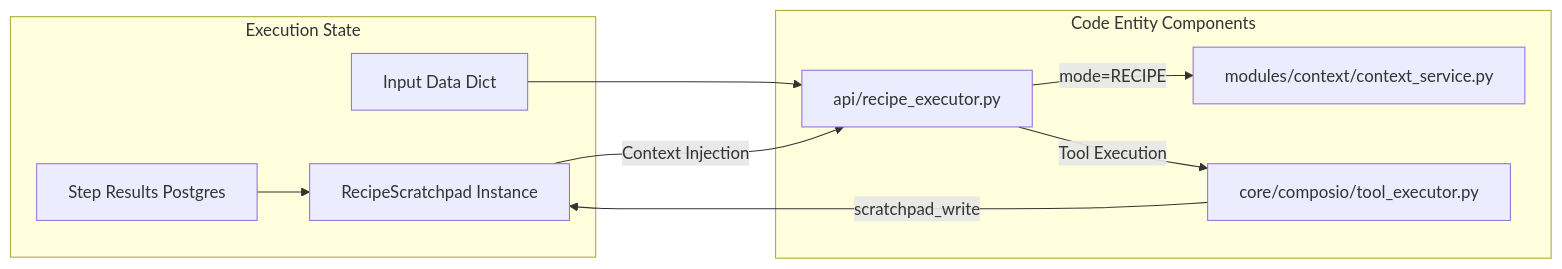
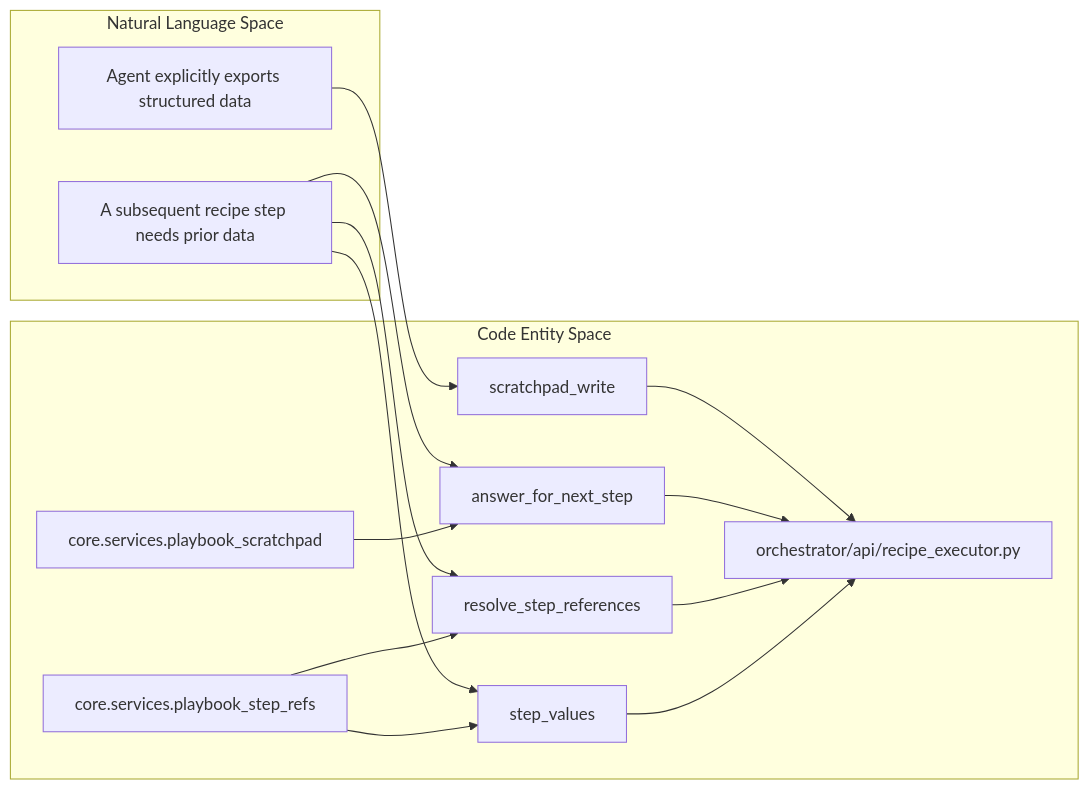
The second of 2 diagrams in docs/workflows-recipes/recipe-scratchpad.md (AutomatosAI/automatos-ai), drawn with Mermaid before and after one commit. The commit also changed other lines of this file and 188 other files, not shown here.

First line of the commit message:
docs: refresh architecture docs and add coverage for new subsystems (#1416)

````diff
--- a/docs/workflows-recipes/recipe-scratchpad.md
+++ b/docs/workflows-recipes/recipe-scratchpad.md
@@ -93,21 +93,29 @@
 ```mermaid
 graph LR
-    subgraph "Execution State"
-        StepResults["Step Results Postgres"]
-        TriggerData["Input Data Dict"]
-        ScratchpadObj["RecipeScratchpad Instance"]
+    subgraph "Natural Language Space"
+        AgentExport["Agent explicitly exports structured data"]
+        NextStep["A subsequent recipe step needs prior data"]
     end
 
-    subgraph "Code Entity Components"
-        Executor["api/recipe_executor.py"]
-        ContextService["modules/context/context_service.py"]
-        ComposioExecutor["core/composio/tool_executor.py"]
+    subgraph "Code Entity Space"
+        ScratchpadTool["scratchpad_write"]
+        ScratchpadModule["core.services.playbook_scratchpad"]
+        AnswerHelper["answer_for_next_step"]
+        ReferenceModule["core.services.playbook_step_refs"]
+        ResolveHelper["resolve_step_references"]
+        ValuesHelper["step_values"]
+        Executor["orchestrator/api/recipe_executor.py"]
     end
 
-    TriggerData --> Executor
-    StepResults --> ScratchpadObj
-    ScratchpadObj -->|"Context Injection"| Executor
-    Executor -->|"mode=RECIPE"| ContextService
-    Executor -->|"Tool Execution"| ComposioExecutor
-    ComposioExecutor -->|"scratchpad_write"| ScratchpadObj
+    AgentExport --> ScratchpadTool
+    NextStep --> AnswerHelper
+    NextStep --> ResolveHelper
+    NextStep --> ValuesHelper
+    ScratchpadModule --> AnswerHelper
+    ReferenceModule --> ResolveHelper
+    ReferenceModule --> ValuesHelper
+    ScratchpadTool --> Executor
+    AnswerHelper --> Executor
+    ResolveHelper --> Executor
+    ValuesHelper --> Executor
 ```
````
